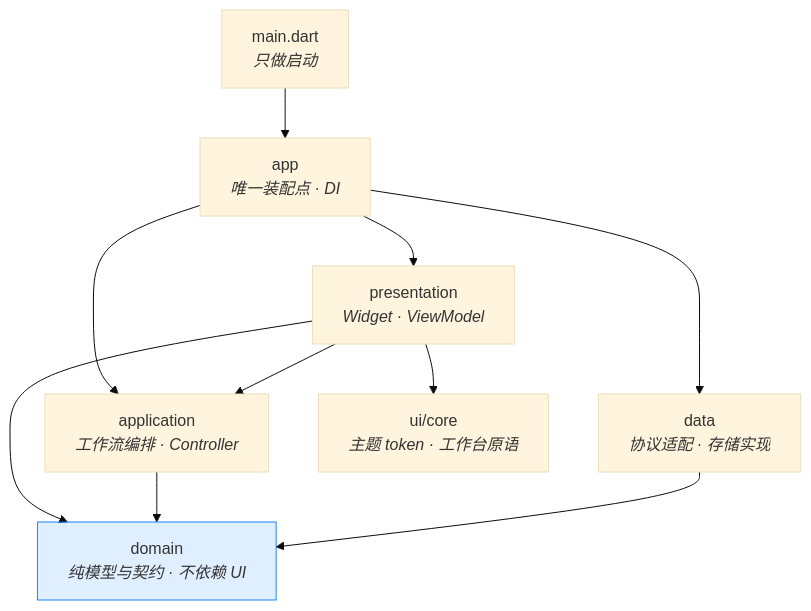
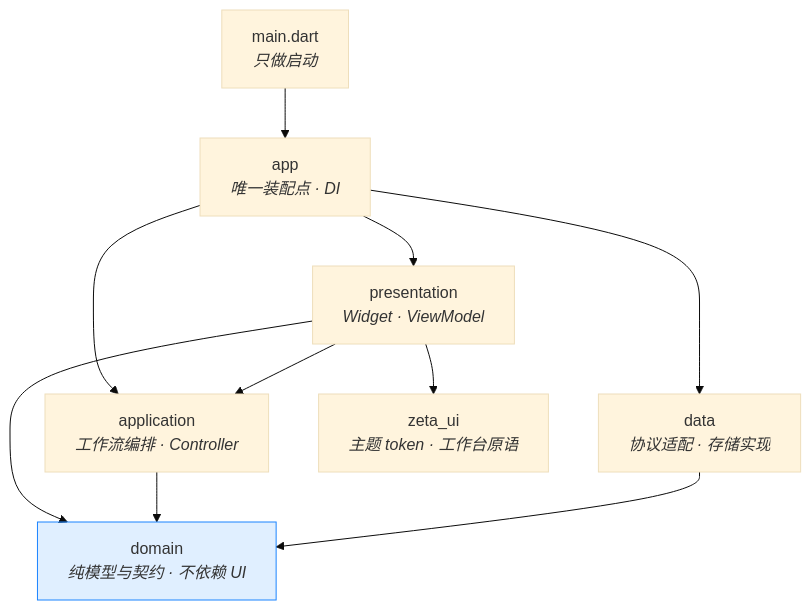
The first of 5 diagrams in docs/architecture/overview.md (linpeilie/zeta), drawn with Mermaid (base theme) before and after one commit. The commit also changed other lines of this file and 156 other files, not shown here.

````diff
--- a/docs/architecture/overview.md
+++ b/docs/architecture/overview.md
@@ -19,15 +19,15 @@
 ```mermaid
 flowchart TD
     main["main.dart<br/><i>只做启动</i>"] --> app["app<br/><i>唯一装配点 · DI</i>"]
     app --> pres["presentation<br/><i>Widget · ViewModel</i>"]
     app --> appl["application<br/><i>工作流编排 · Controller</i>"]
     app --> data["data<br/><i>协议适配 · 存储实现</i>"]
     pres --> appl
     pres --> domain
     appl --> domain["domain<br/><i>纯模型与契约 · 不依赖 UI</i>"]
     data --> domain
-    pres --> uicore["ui/core<br/><i>主题 token · 工作台原语</i>"]
+    pres --> uicore["zeta_ui<br/><i>主题 token · 工作台原语</i>"]
 
     classDef pure fill:#1B84FF22,stroke:#1B84FF
     class domain pure
 ```
````
